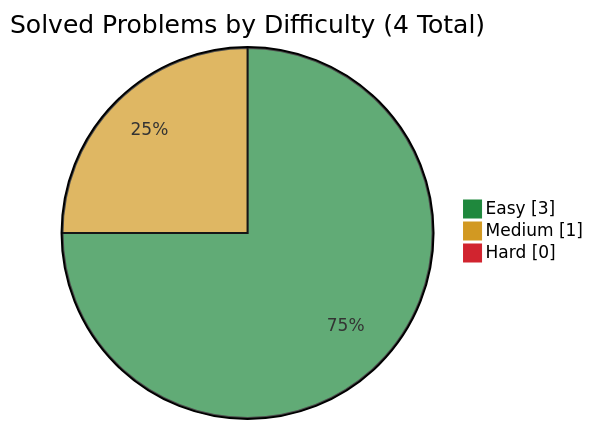
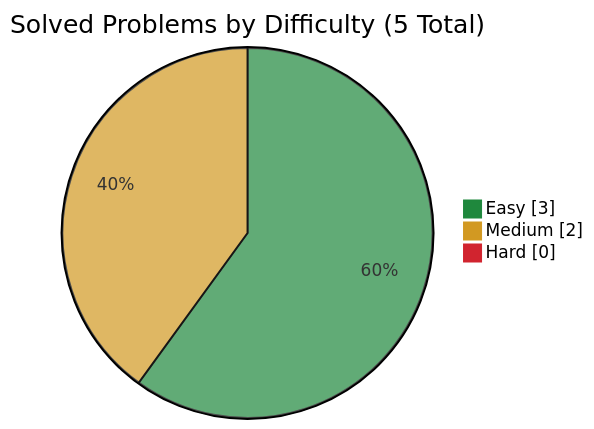
One commit to simonesiega/leetcode-solutions changed the diagram in companies/amazon/README.md. Above: the diagram before and after it, drawn with Mermaid. The commit also changed other lines of this file and 4 other files, not shown here.

````diff
--- a/companies/amazon/README.md
+++ b/companies/amazon/README.md
@@ -17,8 +17,8 @@
 ```mermaid
 %%{init: {"themeVariables": {"pie1": "#1f883d", "pie2": "#d29922", "pie3": "#d1242f"}}}%%
 pie showData
-    title Solved Problems by Difficulty (4 Total)
+    title Solved Problems by Difficulty (5 Total)
     "Easy" : 3
-    "Medium" : 1
+    "Medium" : 2
     "Hard" : 0
 ```
````
